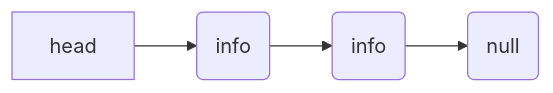
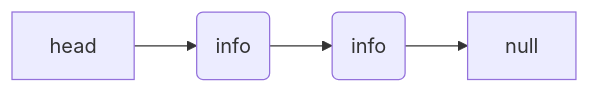
Before and after one commit to Jeffrey-S-Smith/trainLinkList-: the first of 2 diagrams in README.md, drawn with Mermaid.

Commit message:
updated train link list

````diff
--- a/README.md
+++ b/README.md
@@ -15,5 +15,5 @@
 ```mermaid
 graph LR
 head --> A(info)-->B(info)
-B-->C(null)
+B-->C[null]
 ```
````
